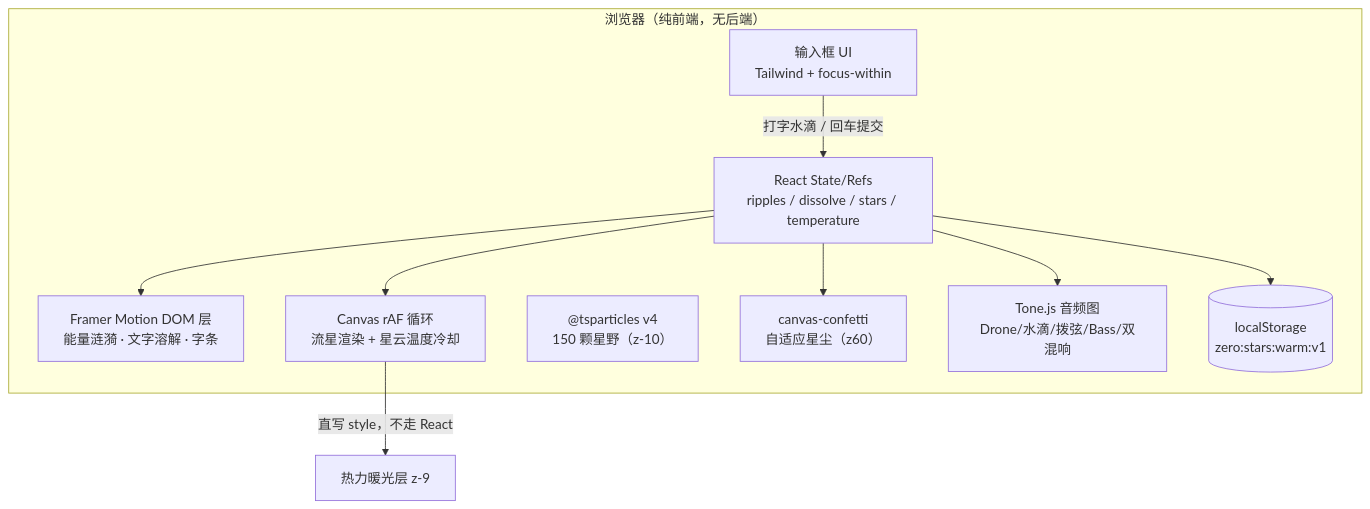
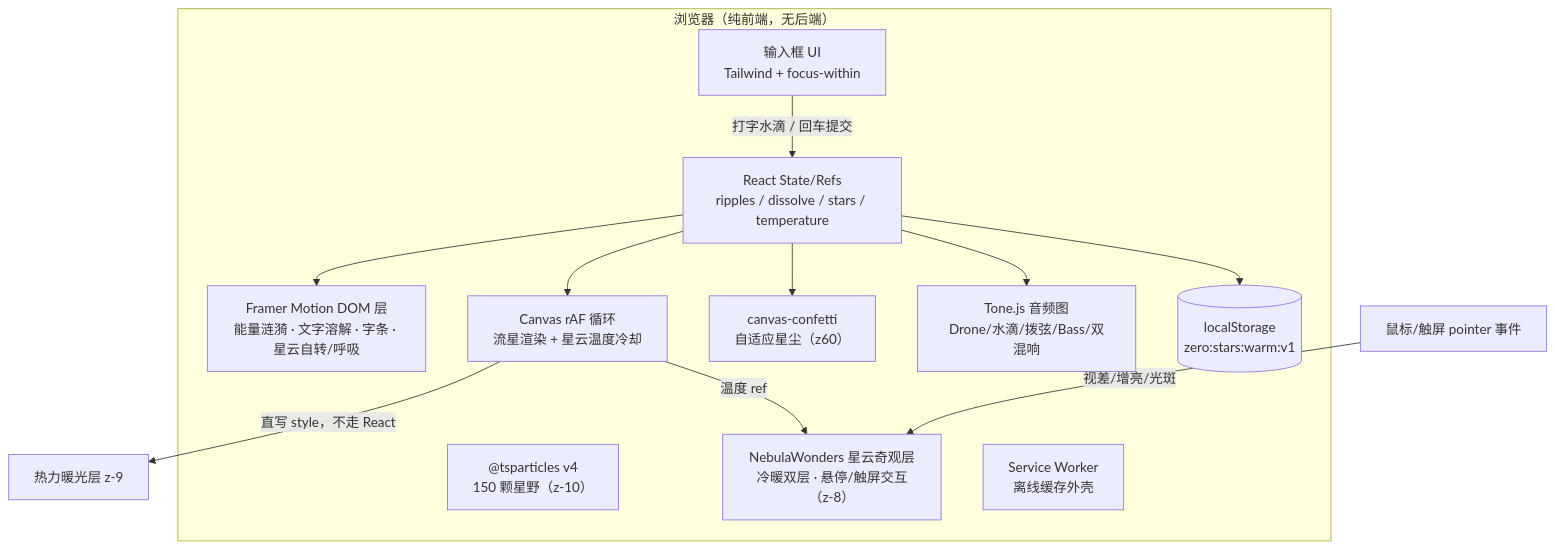
Before and after one commit to xiaozeng2026/-zero-app-: the first of 3 diagrams in README.md, drawn with Mermaid. The commit also changed other lines of this file, not shown here.

````diff
--- a/README.md
+++ b/README.md
@@ -77,21 +90,25 @@
 ```mermaid
 flowchart TB
     subgraph Browser["浏览器（纯前端，无后端）"]
         UI["输入框 UI<br/>Tailwind + focus-within"]
         State["React State/Refs<br/>ripples / dissolve / stars / temperature"]
-        FM["Framer Motion DOM 层<br/>能量涟漪 · 文字溶解 · 字条"]
+        FM["Framer Motion DOM 层<br/>能量涟漪 · 文字溶解 · 字条 · 星云自转/呼吸"]
         Canvas["Canvas rAF 循环<br/>流星渲染 + 星云温度冷却"]
         TP["@tsparticles v4<br/>150 颗星野（z-10）"]
+        NW["NebulaWonders 星云奇观层<br/>冷暖双层 · 悬停/触屏交互（z-8）"]
         Confetti["canvas-confetti<br/>自适应星尘（z60）"]
         Tone["Tone.js 音频图<br/>Drone/水滴/拨弦/Bass/双混响"]
         LS[("localStorage<br/>zero:stars:warm:v1")]
+        SW["Service Worker<br/>离线缓存外壳"]
     end
 
     UI -->|打字水滴 / 回车提交| State
     State --> FM
     State --> Canvas
     State --> Confetti
     State --> Tone
     State --> LS
     Canvas -->|直写 style，不走 React| HeatLayer["热力暖光层 z-9"]
+    Canvas -->|温度 ref| NW
+    Pointer["鼠标/触屏 pointer 事件"] -->|视差/增亮/光斑| NW
 ```
````
